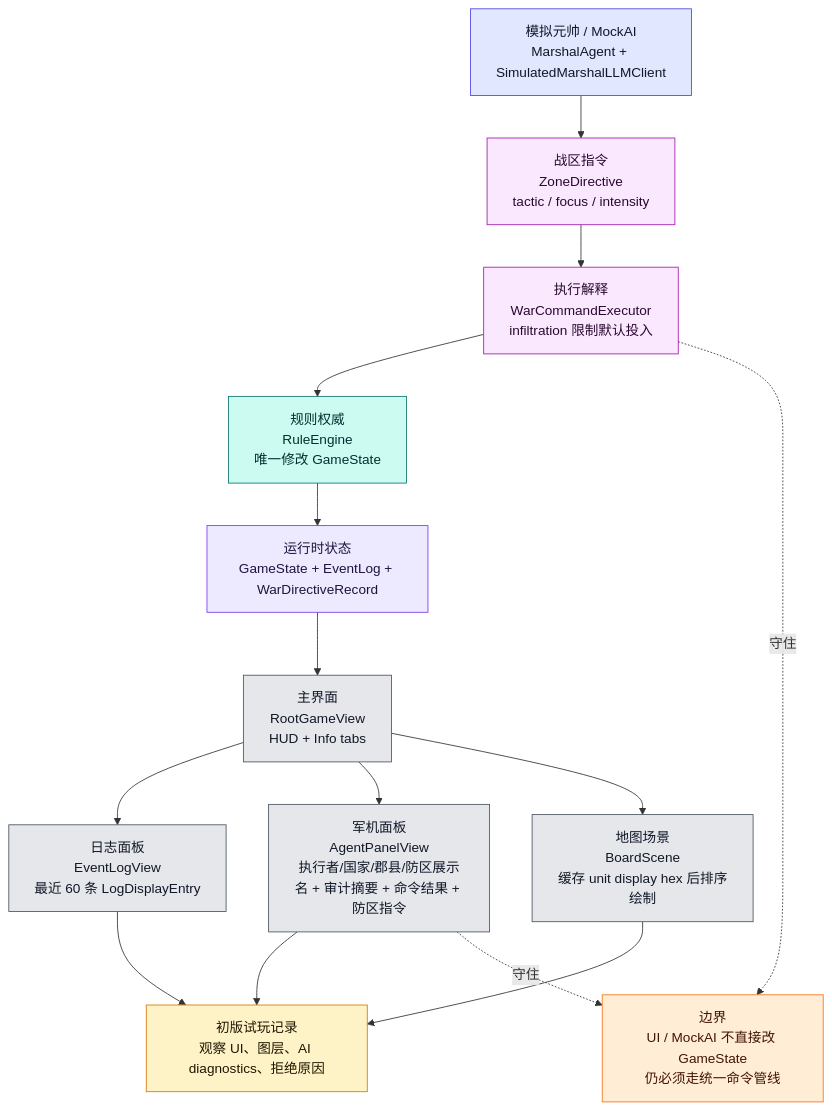
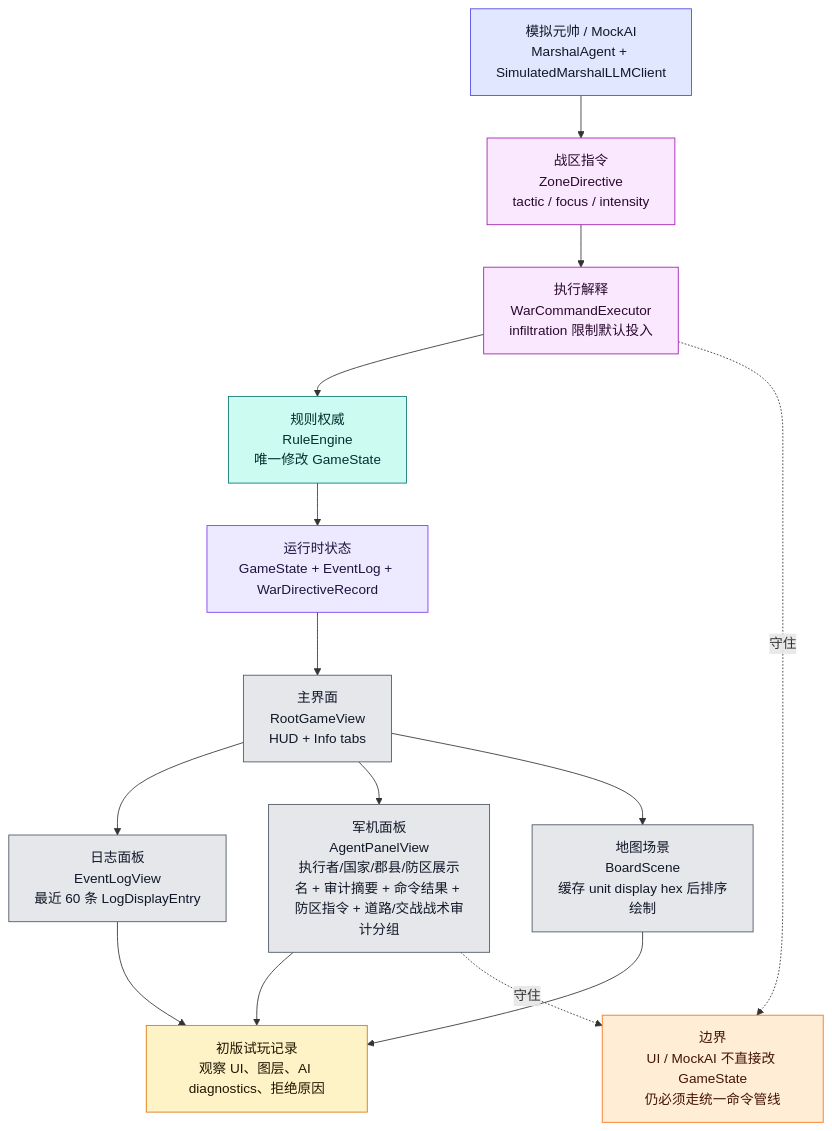
One commit to Altman-sam114/121 changed the seventh of 9 diagrams in md/flow/flowchart.md. Above: the diagram before and after it, drawn with Mermaid. The commit also changed other lines of this file and 6 other files, not shown here.

````diff
--- a/md/flow/flowchart.md
+++ b/md/flow/flowchart.md
@@ -494,34 +494,34 @@
 ```mermaid
 flowchart TD
     STATE["运行时状态<br/>GameState + EventLog + WarDirectiveRecord"]:::state
     ROOT["主界面<br/>RootGameView<br/>HUD + Info tabs"]:::ui
     LOG["日志面板<br/>EventLogView<br/>最近 60 条 LogDisplayEntry"]:::ui
-    AIUI["军机面板<br/>AgentPanelView<br/>执行者/国家/郡县/防区展示名 + 审计摘要 + 命令结果 + 防区指令"]:::ui
+    AIUI["军机面板<br/>AgentPanelView<br/>执行者/国家/郡县/防区展示名 + 审计摘要 + 命令结果 + 防区指令 + 道路/交战战术审计分组"]:::ui
     BOARD["地图场景<br/>BoardScene<br/>缓存 unit display hex 后排序绘制"]:::ui
     MARSHAL["模拟元帅 / MockAI<br/>MarshalAgent + SimulatedMarshalLLMClient"]:::ai
     ZD["战区指令<br/>ZoneDirective<br/>tactic / focus / intensity"]:::command
     WCE["执行解释<br/>WarCommandExecutor<br/>infiltration 限制默认投入"]:::command
     RULE["规则权威<br/>RuleEngine<br/>唯一修改 GameState"]:::rules
     PLAYTEST["初版试玩记录<br/>观察 UI、图层、AI diagnostics、拒绝原因"]:::doc
 
     STATE --> ROOT
     ROOT --> LOG
     ROOT --> AIUI
     ROOT --> BOARD
     MARSHAL --> ZD --> WCE --> RULE --> STATE
     AIUI --> PLAYTEST
     LOG --> PLAYTEST
     BOARD --> PLAYTEST
 
     WARN["边界<br/>UI / MockAI 不直接改 GameState<br/>仍必须走统一命令管线"]:::warn
     AIUI -.守住.-> WARN
     WCE -.守住.-> WARN
 
     classDef state fill:#ede9fe,stroke:#7c3aed,color:#1f143d
     classDef ui fill:#e5e7eb,stroke:#4b5563,color:#111827
     classDef ai fill:#e0e7ff,stroke:#4f46e5,color:#111827
     classDef command fill:#fae8ff,stroke:#a21caf,color:#2a0a2f
     classDef rules fill:#ccfbf1,stroke:#0f766e,color:#042f2e
     classDef doc fill:#fef3c7,stroke:#d97706,color:#1f1600
     classDef warn fill:#ffedd5,stroke:#f97316,color:#431407
 ```
````
